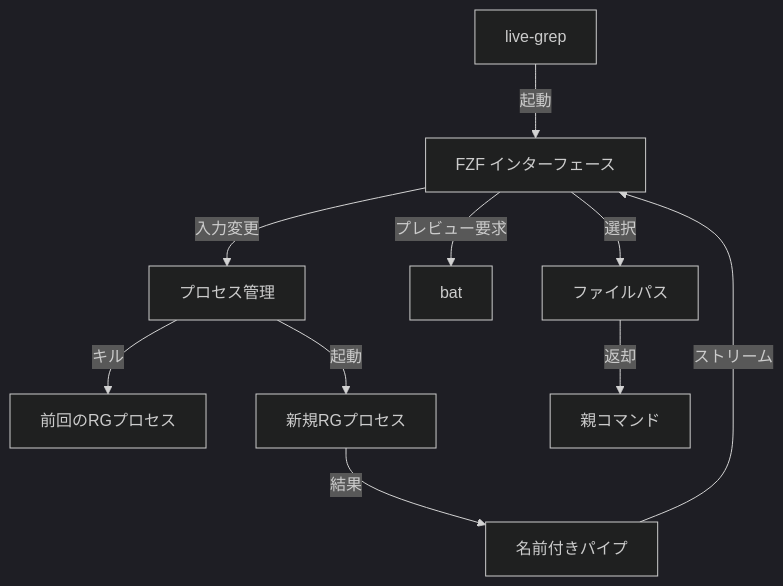
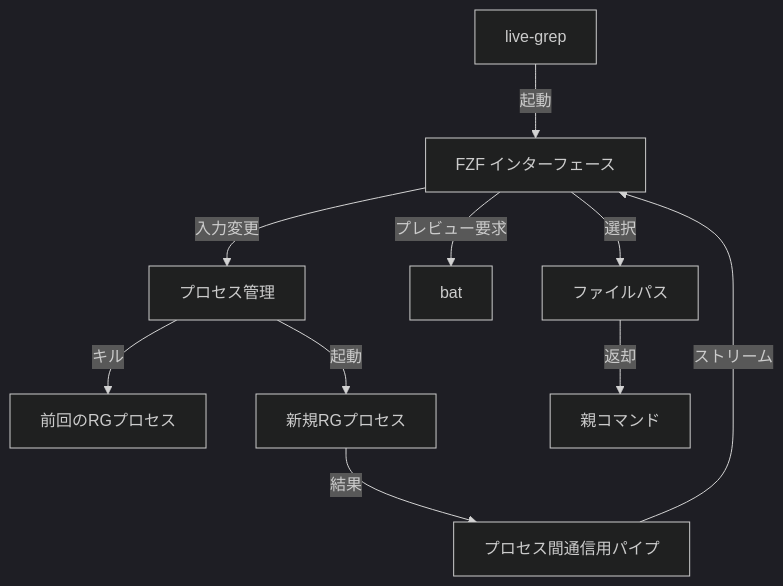
The first of 2 diagrams in docs/implementation-plan.md (ymat19/live-grep), drawn with Mermaid (dark theme) before and after one commit. The commit also changed other lines of this file and 1 other file, not shown here.

````diff
--- a/docs/implementation-plan.md
+++ b/docs/implementation-plan.md
@@ -22,12 +22,12 @@
 ```mermaid
 graph TD
     A[live-grep] -->|起動| B[FZF インターフェース]
     B -->|入力変更| C[プロセス管理]
     C -->|キル| D[前回のRGプロセス]
     C -->|起動| E[新規RGプロセス]
-    E -->|結果| F[名前付きパイプ]
+    E -->|結果| F[プロセス間通信用パイプ]
     F -->|ストリーム| B
     B -->|プレビュー要求| G[bat]
     B -->|選択| H[ファイルパス]
     H -->|返却| I[親コマンド]
 ```
````
